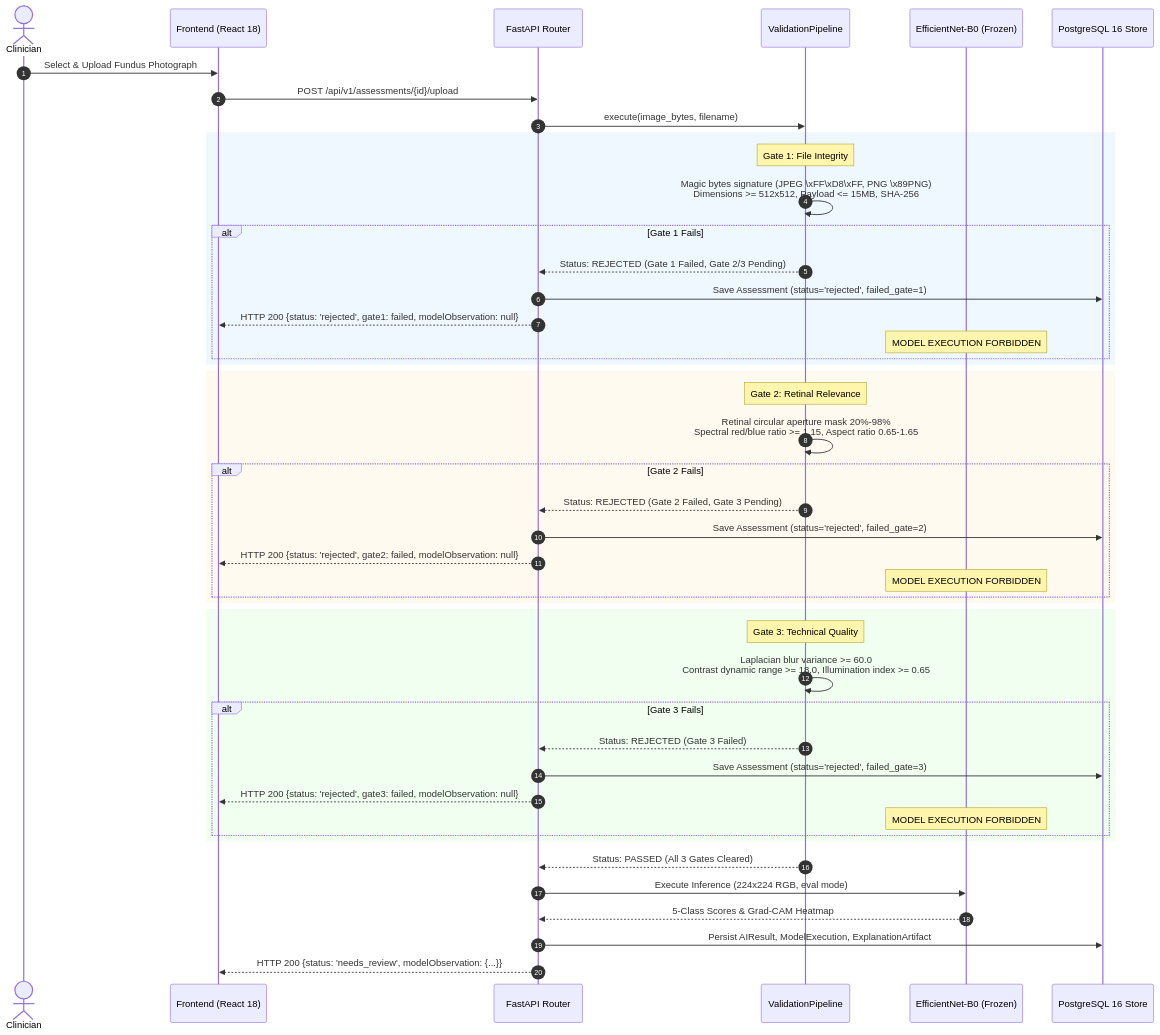
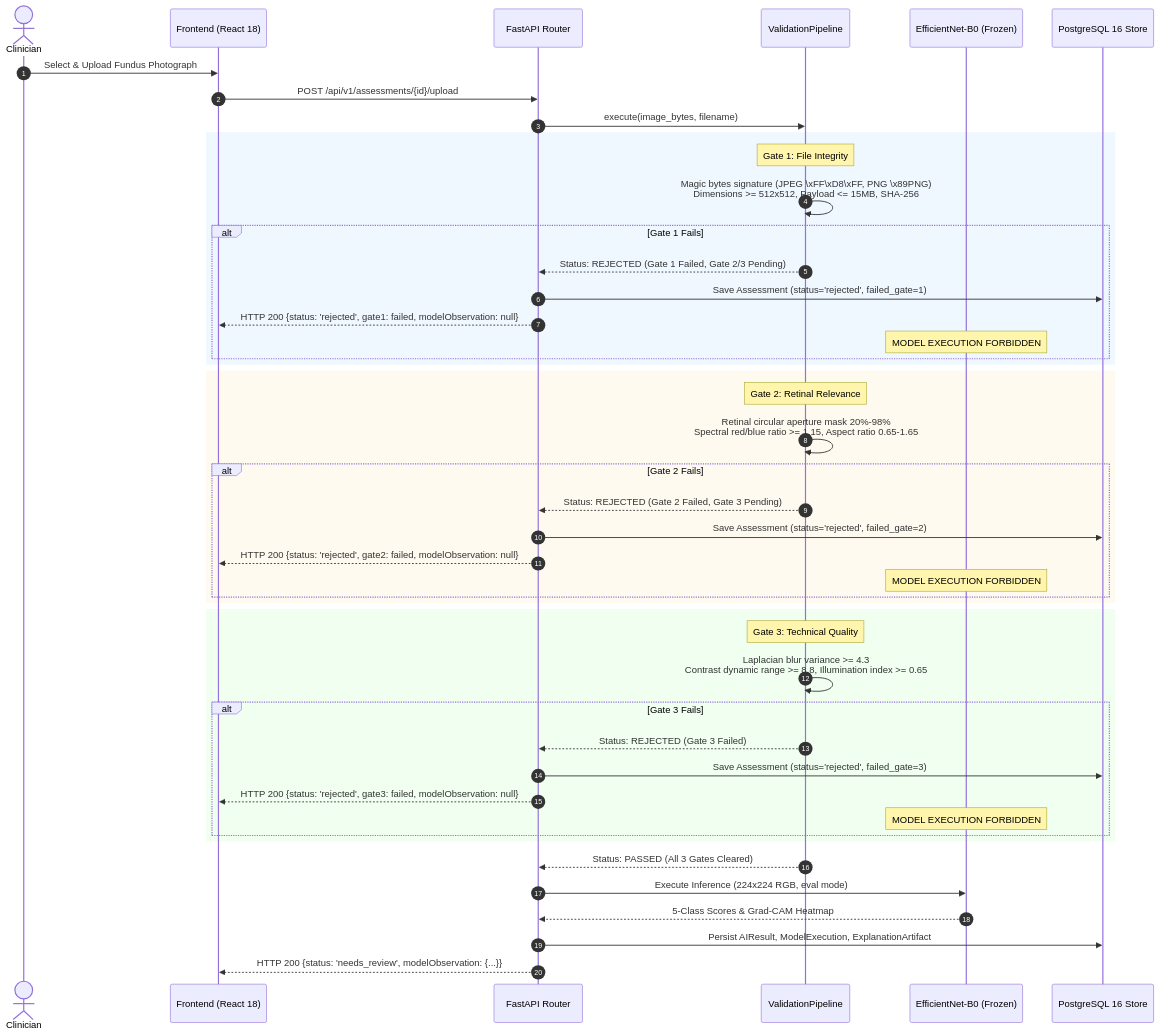
Before and after one commit to CloudTechy/diabetic-retinopathy-cdss: the second of 3 diagrams in docs/verification_and_traceability_matrix.md, drawn with Mermaid. The commit also changed other lines of this file and 23 other files, not shown here.

````diff
--- a/docs/verification_and_traceability_matrix.md
+++ b/docs/verification_and_traceability_matrix.md
@@ -100,53 +100,53 @@
 ```mermaid
 sequenceDiagram
     autonumber
     actor Clinician
     participant Frontend as Frontend (React 18)
     participant API as FastAPI Router
     participant Pipeline as ValidationPipeline
     participant Model as EfficientNet-B0 (Frozen)
     participant DB as PostgreSQL 16 Store
 
     Clinician->>Frontend: Select & Upload Fundus Photograph
     Frontend->>API: POST /api/v1/assessments/{id}/upload
     API->>Pipeline: execute(image_bytes, filename)
     
     rect rgb(240, 248, 255)
         Note over Pipeline: Gate 1: File Integrity
         Pipeline->>Pipeline: Magic bytes signature (JPEG \xFF\xD8\xFF, PNG \x89PNG)<br/>Dimensions >= 512x512, Payload <= 15MB, SHA-256
         alt Gate 1 Fails
             Pipeline-->>API: Status: REJECTED (Gate 1 Failed, Gate 2/3 Pending)
             API->>DB: Save Assessment (status='rejected', failed_gate=1)
             API-->>Frontend: HTTP 200 {status: 'rejected', gate1: failed, modelObservation: null}
             Note over Model: MODEL EXECUTION FORBIDDEN
         end
     end
 
     rect rgb(255, 250, 240)
         Note over Pipeline: Gate 2: Retinal Relevance
         Pipeline->>Pipeline: Retinal circular aperture mask 20%-98%<br/>Spectral red/blue ratio >= 1.15, Aspect ratio 0.65-1.65
         alt Gate 2 Fails
             Pipeline-->>API: Status: REJECTED (Gate 2 Failed, Gate 3 Pending)
             API->>DB: Save Assessment (status='rejected', failed_gate=2)
             API-->>Frontend: HTTP 200 {status: 'rejected', gate2: failed, modelObservation: null}
             Note over Model: MODEL EXECUTION FORBIDDEN
         end
     end
 
     rect rgb(240, 255, 240)
         Note over Pipeline: Gate 3: Technical Quality
-        Pipeline->>Pipeline: Laplacian blur variance >= 60.0<br/>Contrast dynamic range >= 18.0, Illumination index >= 0.65
+        Pipeline->>Pipeline: Laplacian blur variance >= 4.3<br/>Contrast dynamic range >= 8.8, Illumination index >= 0.65
         alt Gate 3 Fails
             Pipeline-->>API: Status: REJECTED (Gate 3 Failed)
             API->>DB: Save Assessment (status='rejected', failed_gate=3)
             API-->>Frontend: HTTP 200 {status: 'rejected', gate3: failed, modelObservation: null}
             Note over Model: MODEL EXECUTION FORBIDDEN
         end
     end
 
     Pipeline-->>API: Status: PASSED (All 3 Gates Cleared)
     API->>Model: Execute Inference (224x224 RGB, eval mode)
     Model-->>API: 5-Class Scores & Grad-CAM Heatmap
     API->>DB: Persist AIResult, ModelExecution, ExplanationArtifact
     API-->>Frontend: HTTP 200 {status: 'needs_review', modelObservation: {...}}
 ```
````
